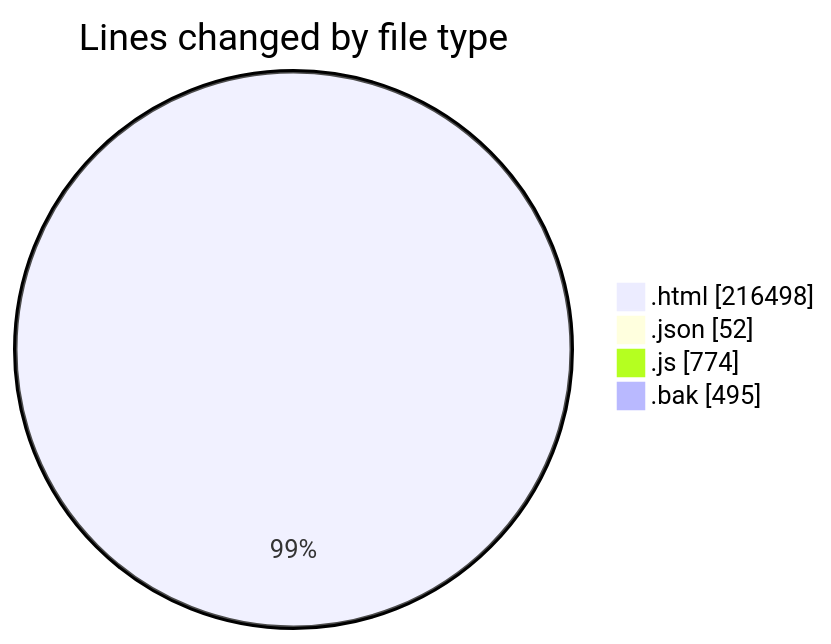
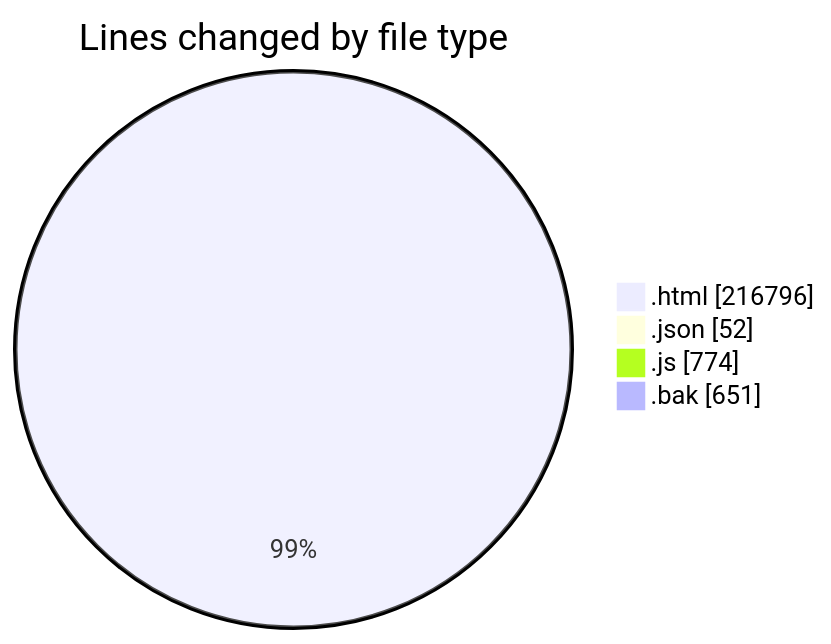
The first of 2 diagrams in 2025-09-16/www/README.md (vahidmafi/code-tracking), drawn with Mermaid before and after one commit. The commit also changed other lines of this file and 1 other file, not shown here.

````diff
--- a/2025-09-16/www/README.md
+++ b/2025-09-16/www/README.md
@@ -319,8 +319,8 @@
 ```mermaid
 pie showData
 title Lines changed by file type
-".html" : 216498
+".html" : 216796
 ".json" : 52
 ".js" : 774
-".bak" : 495
+".bak" : 651
 ```
````
